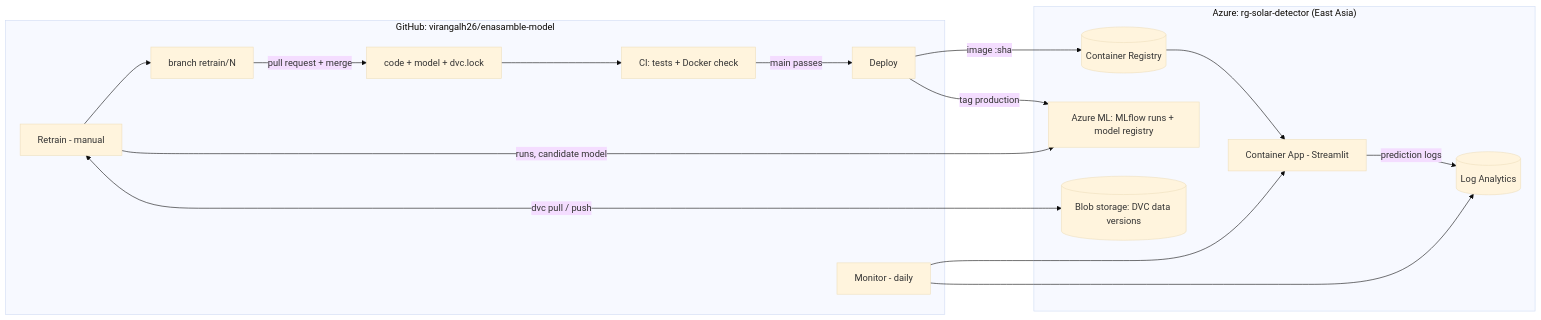
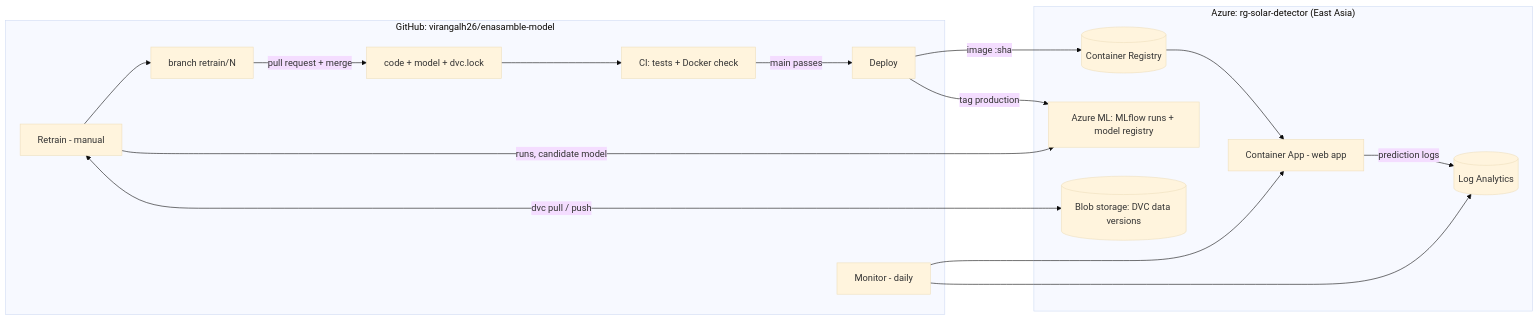
One commit to virangalh26/enasamble-model changed the diagram in MAINTENANCE.md. Above: the diagram before and after it, drawn with Mermaid (base theme). The commit also changed other lines of this file and 15 other files, not shown here.

Commit message:
Replace Streamlit with Python server + HTML page; ensemble diagram; ca-solar config

````diff
--- a/MAINTENANCE.md
+++ b/MAINTENANCE.md
@@ -9,24 +9,24 @@
 ```mermaid
 flowchart LR
     subgraph GitHub["GitHub: virangalh26/enasamble-model"]
         code[code + model + dvc.lock] --> CI[CI: tests + Docker check]
         CI -->|main passes| CD[Deploy]
         RT[Retrain - manual] --> BR[branch retrain/N]
         BR -->|pull request + merge| code
         MON[Monitor - daily]
     end
     subgraph Azure["Azure: rg-solar-detector (East Asia)"]
         ACR[(Container Registry)]
-        APP[Container App - Streamlit]
+        APP[Container App - web app]
         LOG[(Log Analytics)]
         AML[Azure ML: MLflow runs + model registry]
         BLOB[(Blob storage: DVC data versions)]
     end
     CD -->|image :sha| ACR --> APP
     CD -->|tag production| AML
     RT -->|runs, candidate model| AML
     RT <-->|dvc pull / push| BLOB
     APP -->|prediction logs| LOG
     MON --> APP
     MON --> LOG
 ```
````
